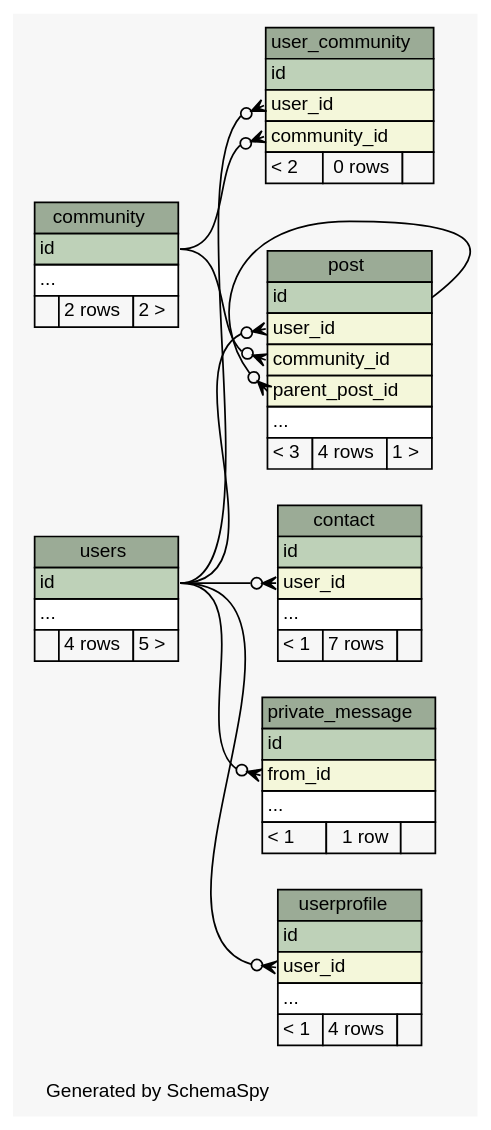
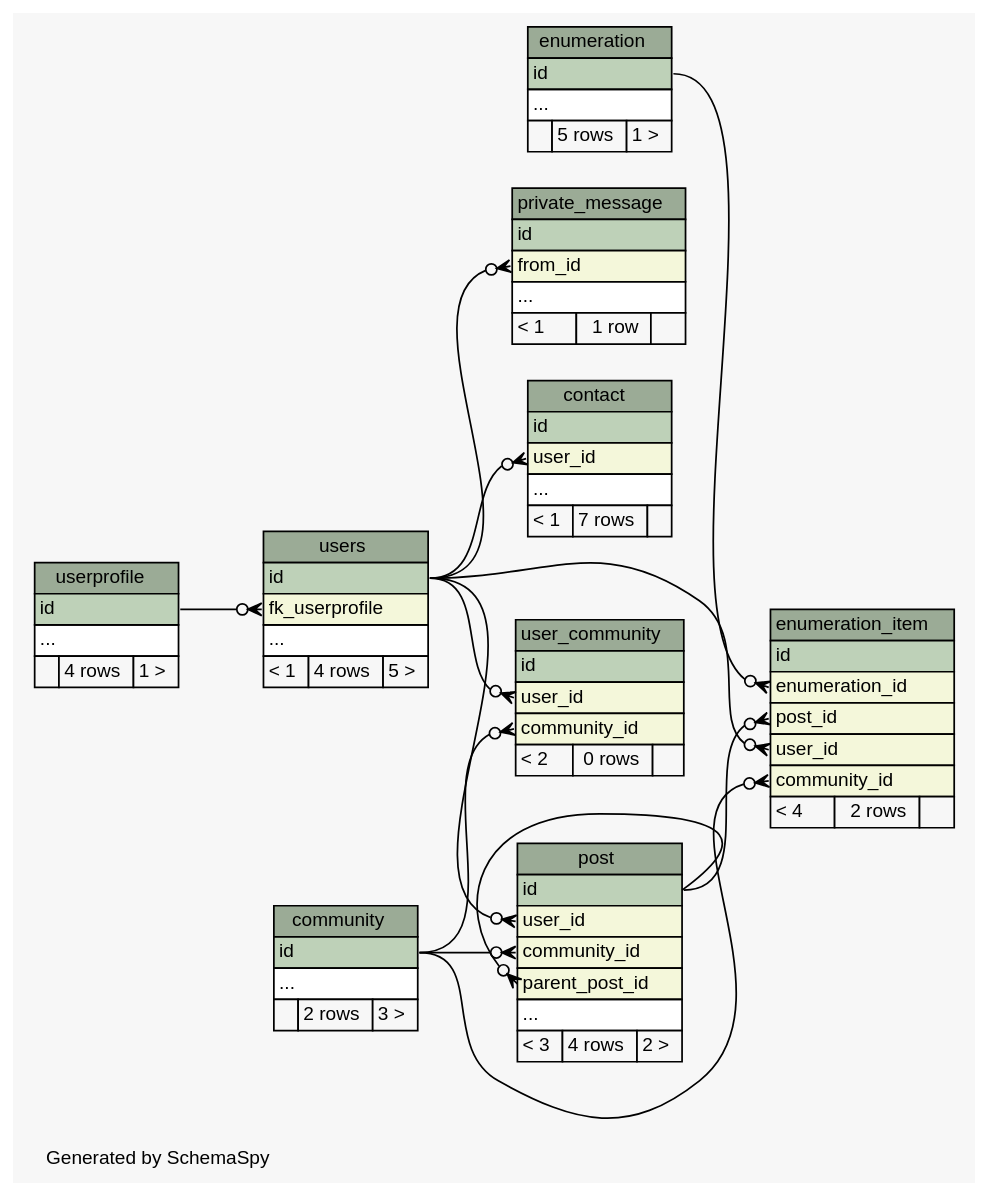
One commit to chr-krenn/chr-krenn-fhj-ws2017-sd17-pse changed the diagram in doc/db_schema/diagrams/summary/relationships.real.compact.dot. Above: the diagram before and after it, drawn with Graphviz. The commit also changed 60 other files, not shown here.

```diff
--- a/doc/db_schema/diagrams/summary/relationships.real.compact.dot
+++ b/doc/db_schema/diagrams/summary/relationships.real.compact.dot
@@ -1,114 +1,143 @@
 // dot 2.40.1 on Linux 4.12.5-300.fc26.x86_64
 // SchemaSpy rev 590
 digraph "compactRelationshipsDiagram" {
   graph [
     rankdir="RL"
     bgcolor="#f7f7f7"
     label="\nGenerated by SchemaSpy"
     labeljust="l"
     nodesep="0.18"
     ranksep="0.46"
     fontname="Helvetica"
     fontsize="11"
   ];
   node [
     fontname="Helvetica"
     fontsize="11"
     shape="plaintext"
   ];
   edge [
     arrowsize="0.8"
   ];
   "community" [
     label=<
     <TABLE BORDER="0" CELLBORDER="1" CELLSPACING="0" BGCOLOR="#ffffff">
       <TR><TD COLSPAN="3" BGCOLOR="#9bab96" ALIGN="CENTER">community</TD></TR>
       <TR><TD PORT="id" COLSPAN="3" BGCOLOR="#bed1b8" ALIGN="LEFT">id</TD></TR>
       <TR><TD PORT="elipses" COLSPAN="3" ALIGN="LEFT">...</TD></TR>
-      <TR><TD ALIGN="LEFT" BGCOLOR="#f7f7f7">  </TD><TD ALIGN="RIGHT" BGCOLOR="#f7f7f7">2 rows</TD><TD ALIGN="RIGHT" BGCOLOR="#f7f7f7">2 &gt;</TD></TR>
+      <TR><TD ALIGN="LEFT" BGCOLOR="#f7f7f7">  </TD><TD ALIGN="RIGHT" BGCOLOR="#f7f7f7">2 rows</TD><TD ALIGN="RIGHT" BGCOLOR="#f7f7f7">3 &gt;</TD></TR>
     </TABLE>>
     URL="tables/community.html"
     tooltip="community"
   ];
   "contact" [
     label=<
     <TABLE BORDER="0" CELLBORDER="1" CELLSPACING="0" BGCOLOR="#ffffff">
       <TR><TD COLSPAN="3" BGCOLOR="#9bab96" ALIGN="CENTER">contact</TD></TR>
       <TR><TD PORT="id" COLSPAN="3" BGCOLOR="#bed1b8" ALIGN="LEFT">id</TD></TR>
       <TR><TD PORT="user_id" COLSPAN="3" BGCOLOR="#f4f7da" ALIGN="LEFT">user_id</TD></TR>
       <TR><TD PORT="elipses" COLSPAN="3" ALIGN="LEFT">...</TD></TR>
       <TR><TD ALIGN="LEFT" BGCOLOR="#f7f7f7">&lt; 1</TD><TD ALIGN="RIGHT" BGCOLOR="#f7f7f7">7 rows</TD><TD ALIGN="RIGHT" BGCOLOR="#f7f7f7">  </TD></TR>
     </TABLE>>
     URL="tables/contact.html"
     tooltip="contact"
   ];
+  "enumeration" [
+    label=<
+    <TABLE BORDER="0" CELLBORDER="1" CELLSPACING="0" BGCOLOR="#ffffff">
+      <TR><TD COLSPAN="3" BGCOLOR="#9bab96" ALIGN="CENTER">enumeration</TD></TR>
+      <TR><TD PORT="id" COLSPAN="3" BGCOLOR="#bed1b8" ALIGN="LEFT">id</TD></TR>
+      <TR><TD PORT="elipses" COLSPAN="3" ALIGN="LEFT">...</TD></TR>
+      <TR><TD ALIGN="LEFT" BGCOLOR="#f7f7f7">  </TD><TD ALIGN="RIGHT" BGCOLOR="#f7f7f7">5 rows</TD><TD ALIGN="RIGHT" BGCOLOR="#f7f7f7">1 &gt;</TD></TR>
+    </TABLE>>
+    URL="tables/enumeration.html"
+    tooltip="enumeration"
+  ];
+  "enumeration_item" [
+    label=<
+    <TABLE BORDER="0" CELLBORDER="1" CELLSPACING="0" BGCOLOR="#ffffff">
+      <TR><TD COLSPAN="3" BGCOLOR="#9bab96" ALIGN="CENTER">enumeration_item</TD></TR>
+      <TR><TD PORT="id" COLSPAN="3" BGCOLOR="#bed1b8" ALIGN="LEFT">id</TD></TR>
+      <TR><TD PORT="enumeration_id" COLSPAN="3" BGCOLOR="#f4f7da" ALIGN="LEFT">enumeration_id</TD></TR>
+      <TR><TD PORT="post_id" COLSPAN="3" BGCOLOR="#f4f7da" ALIGN="LEFT">post_id</TD></TR>
+      <TR><TD PORT="user_id" COLSPAN="3" BGCOLOR="#f4f7da" ALIGN="LEFT">user_id</TD></TR>
+      <TR><TD PORT="community_id" COLSPAN="3" BGCOLOR="#f4f7da" ALIGN="LEFT">community_id</TD></TR>
+      <TR><TD ALIGN="LEFT" BGCOLOR="#f7f7f7">&lt; 4</TD><TD ALIGN="RIGHT" BGCOLOR="#f7f7f7">2 rows</TD><TD ALIGN="RIGHT" BGCOLOR="#f7f7f7">  </TD></TR>
+    </TABLE>>
+    URL="tables/enumeration_item.html"
+    tooltip="enumeration_item"
+  ];
   "post" [
     label=<
     <TABLE BORDER="0" CELLBORDER="1" CELLSPACING="0" BGCOLOR="#ffffff">
       <TR><TD COLSPAN="3" BGCOLOR="#9bab96" ALIGN="CENTER">post</TD></TR>
       <TR><TD PORT="id" COLSPAN="3" BGCOLOR="#bed1b8" ALIGN="LEFT">id</TD></TR>
       <TR><TD PORT="user_id" COLSPAN="3" BGCOLOR="#f4f7da" ALIGN="LEFT">user_id</TD></TR>
       <TR><TD PORT="community_id" COLSPAN="3" BGCOLOR="#f4f7da" ALIGN="LEFT">community_id</TD></TR>
       <TR><TD PORT="parent_post_id" COLSPAN="3" BGCOLOR="#f4f7da" ALIGN="LEFT">parent_post_id</TD></TR>
       <TR><TD PORT="elipses" COLSPAN="3" ALIGN="LEFT">...</TD></TR>
-      <TR><TD ALIGN="LEFT" BGCOLOR="#f7f7f7">&lt; 3</TD><TD ALIGN="RIGHT" BGCOLOR="#f7f7f7">4 rows</TD><TD ALIGN="RIGHT" BGCOLOR="#f7f7f7">1 &gt;</TD></TR>
+      <TR><TD ALIGN="LEFT" BGCOLOR="#f7f7f7">&lt; 3</TD><TD ALIGN="RIGHT" BGCOLOR="#f7f7f7">4 rows</TD><TD ALIGN="RIGHT" BGCOLOR="#f7f7f7">2 &gt;</TD></TR>
     </TABLE>>
     URL="tables/post.html"
     tooltip="post"
   ];
   "private_message" [
     label=<
     <TABLE BORDER="0" CELLBORDER="1" CELLSPACING="0" BGCOLOR="#ffffff">
       <TR><TD COLSPAN="3" BGCOLOR="#9bab96" ALIGN="CENTER">private_message</TD></TR>
       <TR><TD PORT="id" COLSPAN="3" BGCOLOR="#bed1b8" ALIGN="LEFT">id</TD></TR>
       <TR><TD PORT="from_id" COLSPAN="3" BGCOLOR="#f4f7da" ALIGN="LEFT">from_id</TD></TR>
       <TR><TD PORT="elipses" COLSPAN="3" ALIGN="LEFT">...</TD></TR>
       <TR><TD ALIGN="LEFT" BGCOLOR="#f7f7f7">&lt; 1</TD><TD ALIGN="RIGHT" BGCOLOR="#f7f7f7">1 row</TD><TD ALIGN="RIGHT" BGCOLOR="#f7f7f7">  </TD></TR>
     </TABLE>>
     URL="tables/private_message.html"
     tooltip="private_message"
   ];
   "user_community" [
     label=<
     <TABLE BORDER="0" CELLBORDER="1" CELLSPACING="0" BGCOLOR="#ffffff">
       <TR><TD COLSPAN="3" BGCOLOR="#9bab96" ALIGN="CENTER">user_community</TD></TR>
       <TR><TD PORT="id" COLSPAN="3" BGCOLOR="#bed1b8" ALIGN="LEFT">id</TD></TR>
       <TR><TD PORT="user_id" COLSPAN="3" BGCOLOR="#f4f7da" ALIGN="LEFT">user_id</TD></TR>
       <TR><TD PORT="community_id" COLSPAN="3" BGCOLOR="#f4f7da" ALIGN="LEFT">community_id</TD></TR>
       <TR><TD ALIGN="LEFT" BGCOLOR="#f7f7f7">&lt; 2</TD><TD ALIGN="RIGHT" BGCOLOR="#f7f7f7">0 rows</TD><TD ALIGN="RIGHT" BGCOLOR="#f7f7f7">  </TD></TR>
     </TABLE>>
     URL="tables/user_community.html"
     tooltip="user_community"
   ];
   "userprofile" [
     label=<
     <TABLE BORDER="0" CELLBORDER="1" CELLSPACING="0" BGCOLOR="#ffffff">
       <TR><TD COLSPAN="3" BGCOLOR="#9bab96" ALIGN="CENTER">userprofile</TD></TR>
       <TR><TD PORT="id" COLSPAN="3" BGCOLOR="#bed1b8" ALIGN="LEFT">id</TD></TR>
-      <TR><TD PORT="user_id" COLSPAN="3" BGCOLOR="#f4f7da" ALIGN="LEFT">user_id</TD></TR>
       <TR><TD PORT="elipses" COLSPAN="3" ALIGN="LEFT">...</TD></TR>
-      <TR><TD ALIGN="LEFT" BGCOLOR="#f7f7f7">&lt; 1</TD><TD ALIGN="RIGHT" BGCOLOR="#f7f7f7">4 rows</TD><TD ALIGN="RIGHT" BGCOLOR="#f7f7f7">  </TD></TR>
+      <TR><TD ALIGN="LEFT" BGCOLOR="#f7f7f7">  </TD><TD ALIGN="RIGHT" BGCOLOR="#f7f7f7">4 rows</TD><TD ALIGN="RIGHT" BGCOLOR="#f7f7f7">1 &gt;</TD></TR>
     </TABLE>>
     URL="tables/userprofile.html"
     tooltip="userprofile"
   ];
   "users" [
     label=<
     <TABLE BORDER="0" CELLBORDER="1" CELLSPACING="0" BGCOLOR="#ffffff">
       <TR><TD COLSPAN="3" BGCOLOR="#9bab96" ALIGN="CENTER">users</TD></TR>
       <TR><TD PORT="id" COLSPAN="3" BGCOLOR="#bed1b8" ALIGN="LEFT">id</TD></TR>
+      <TR><TD PORT="fk_userprofile" COLSPAN="3" BGCOLOR="#f4f7da" ALIGN="LEFT">fk_userprofile</TD></TR>
       <TR><TD PORT="elipses" COLSPAN="3" ALIGN="LEFT">...</TD></TR>
-      <TR><TD ALIGN="LEFT" BGCOLOR="#f7f7f7">  </TD><TD ALIGN="RIGHT" BGCOLOR="#f7f7f7">4 rows</TD><TD ALIGN="RIGHT" BGCOLOR="#f7f7f7">5 &gt;</TD></TR>
+      <TR><TD ALIGN="LEFT" BGCOLOR="#f7f7f7">&lt; 1</TD><TD ALIGN="RIGHT" BGCOLOR="#f7f7f7">4 rows</TD><TD ALIGN="RIGHT" BGCOLOR="#f7f7f7">5 &gt;</TD></TR>
     </TABLE>>
     URL="tables/users.html"
     tooltip="users"
   ];
   "contact":"user_id":w -> "users":"id":e [arrowhead=none dir=back arrowtail=crowodot];
+  "enumeration_item":"community_id":w -> "community":"id":e [arrowhead=none dir=back arrowtail=crowodot];
+  "enumeration_item":"enumeration_id":w -> "enumeration":"id":e [arrowhead=none dir=back arrowtail=crowodot];
+  "enumeration_item":"post_id":w -> "post":"id":e [arrowhead=none dir=back arrowtail=crowodot];
+  "enumeration_item":"user_id":w -> "users":"id":e [arrowhead=none dir=back arrowtail=crowodot];
   "post":"community_id":w -> "community":"id":e [arrowhead=none dir=back arrowtail=crowodot];
   "post":"parent_post_id":w -> "post":"id":e [arrowhead=none dir=back arrowtail=crowodot];
   "post":"user_id":w -> "users":"id":e [arrowhead=none dir=back arrowtail=crowodot];
   "private_message":"from_id":w -> "users":"id":e [arrowhead=none dir=back arrowtail=crowodot];
   "user_community":"community_id":w -> "community":"id":e [arrowhead=none dir=back arrowtail=crowodot];
   "user_community":"user_id":w -> "users":"id":e [arrowhead=none dir=back arrowtail=crowodot];
-  "userprofile":"user_id":w -> "users":"id":e [arrowhead=none dir=back arrowtail=crowodot];
+  "users":"fk_userprofile":w -> "userprofile":"id":e [arrowhead=none dir=back arrowtail=crowodot];
 }
```
